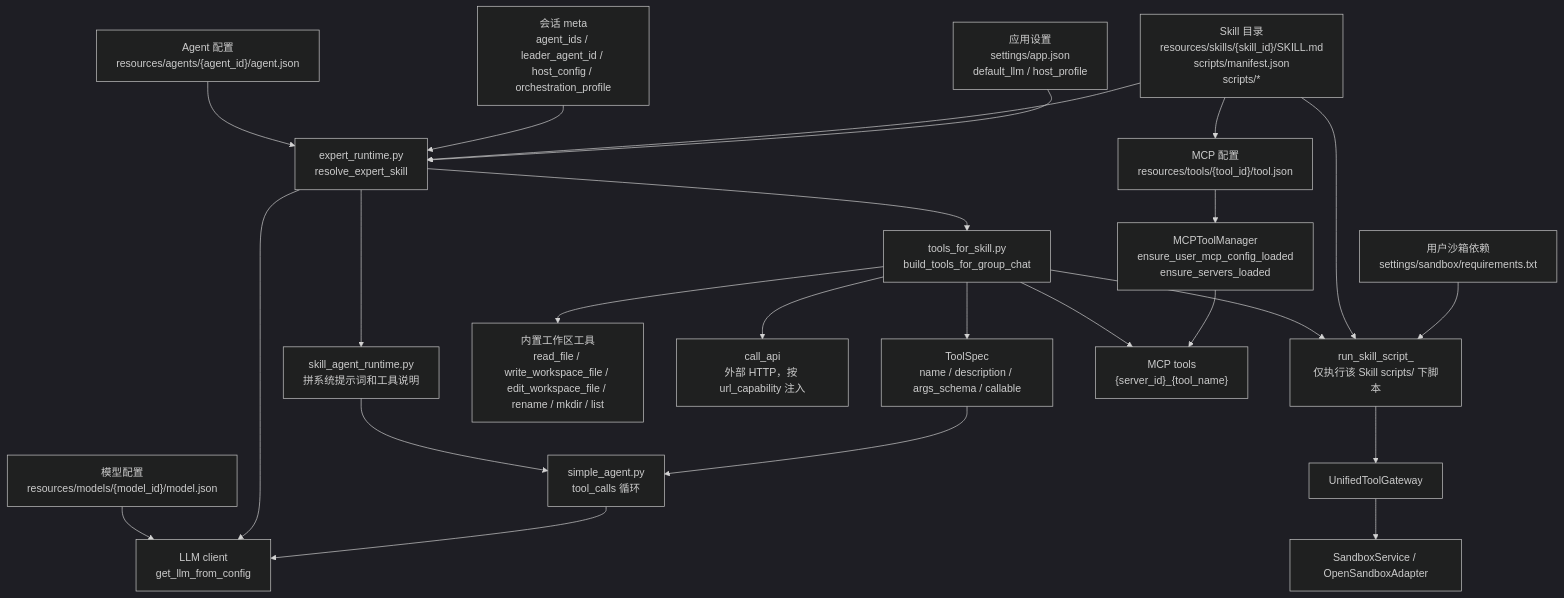
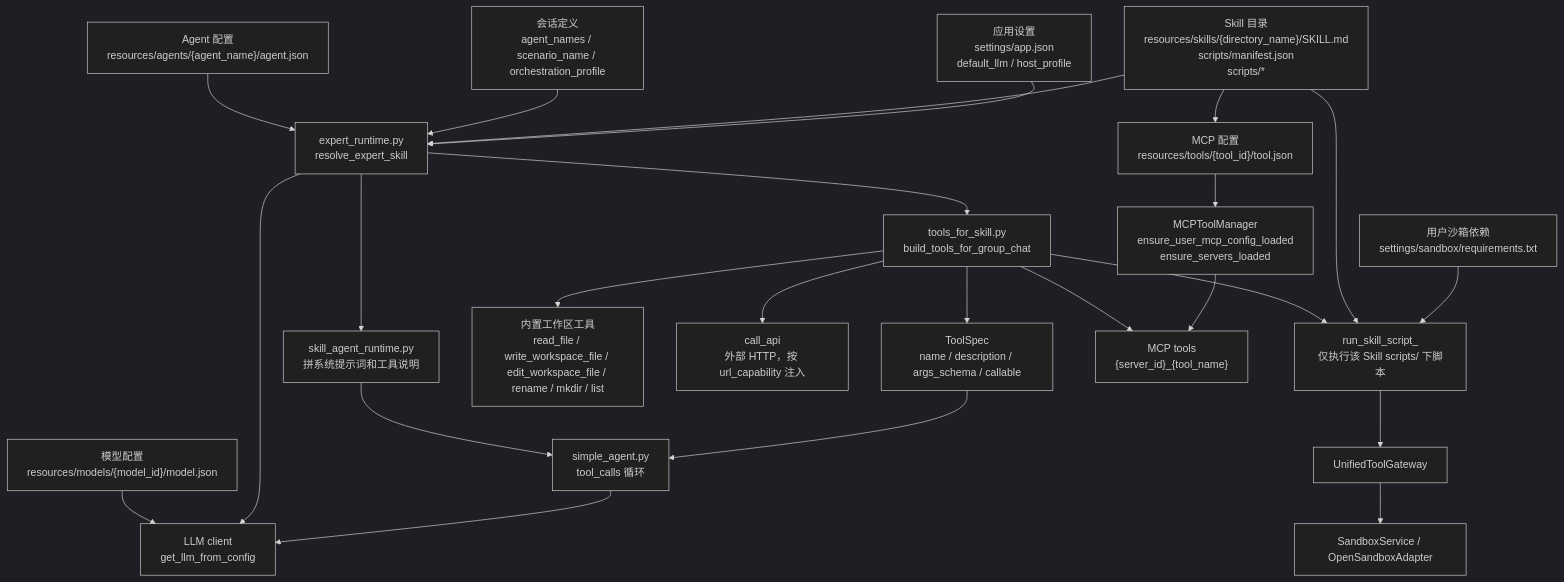
The sixth of 8 diagrams in docs/architecture/interface-map.md (gaoguodong03/shichai), drawn with Mermaid (dark theme) before and after one commit. The commit also changed other lines of this file and 30 other files, not shown here.

````diff
--- a/docs/architecture/interface-map.md
+++ b/docs/architecture/interface-map.md
@@ -635,49 +635,49 @@
 ```mermaid
 flowchart TB
-  AgentProfile["Agent 配置<br/>resources/agents/{agent_id}/agent.json"]
-  SessionMeta["会话 meta<br/>agent_ids / leader_agent_id / host_config / orchestration_profile"]
-  SkillTree["Skill 目录<br/>resources/skills/{skill_id}/SKILL.md<br/>scripts/manifest.json<br/>scripts/*"]
+  AgentProfile["Agent 配置<br/>resources/agents/{agent_name}/agent.json"]
+  SessionDefinition["会话定义<br/>agent_names / scenario_name / orchestration_profile"]
+  SkillTree["Skill 目录<br/>resources/skills/{directory_name}/SKILL.md<br/>scripts/manifest.json<br/>scripts/*"]
   McpConfig["MCP 配置<br/>resources/tools/{tool_id}/tool.json"]
   AppSettings["应用设置<br/>settings/app.json<br/>default_llm / host_profile"]
   ModelConfig["模型配置<br/>resources/models/{model_id}/model.json"]
   SandboxReq["用户沙箱依赖<br/>settings/sandbox/requirements.txt"]
 
   ExpertRuntime["expert_runtime.py<br/>resolve_expert_skill"]
   ToolsBuilder["tools_for_skill.py<br/>build_tools_for_group_chat"]
   SkillAgent["skill_agent_runtime.py<br/>拼系统提示词和工具说明"]
   SimpleAgent["simple_agent.py<br/>tool_calls 循环"]
 
   ToolSpec["ToolSpec<br/>name / description / args_schema / callable"]
   BuiltinFile["内置工作区工具<br/>read_file / write_workspace_file / edit_workspace_file / rename / mkdir / list"]
   CallApi["call_api<br/>外部 HTTP，按 url_capability 注入"]
-  RunScript["run_skill_script_<skill_id><br/>仅执行该 Skill scripts/ 下脚本"]
+  RunScript["run_skill_script_<directory_name><br/>仅执行该 Skill scripts/ 下脚本"]
   McpTools["MCP tools<br/>{server_id}_{tool_name}"]
 
   MCPManager["MCPToolManager<br/>ensure_user_mcp_config_loaded<br/>ensure_servers_loaded"]
   Gateway["UnifiedToolGateway"]
   Sandbox["SandboxService / OpenSandboxAdapter"]
   LLM["LLM client<br/>get_llm_from_config"]
 
   AgentProfile --> ExpertRuntime
-  SessionMeta --> ExpertRuntime
+  SessionDefinition --> ExpertRuntime
   SkillTree --> ExpertRuntime
   AppSettings --> ExpertRuntime
   ModelConfig --> LLM
   ExpertRuntime --> ToolsBuilder
   ExpertRuntime --> SkillAgent
   ExpertRuntime --> LLM
   ToolsBuilder --> ToolSpec
   ToolsBuilder --> BuiltinFile
   ToolsBuilder --> CallApi
   ToolsBuilder --> RunScript
   ToolsBuilder --> McpTools
   SkillTree --> RunScript
   SandboxReq --> RunScript
   McpConfig --> MCPManager
   SkillTree --> McpConfig
   MCPManager --> McpTools
   RunScript --> Gateway --> Sandbox
   SkillAgent --> SimpleAgent
   ToolSpec --> SimpleAgent
   SimpleAgent --> LLM
 ```
````
